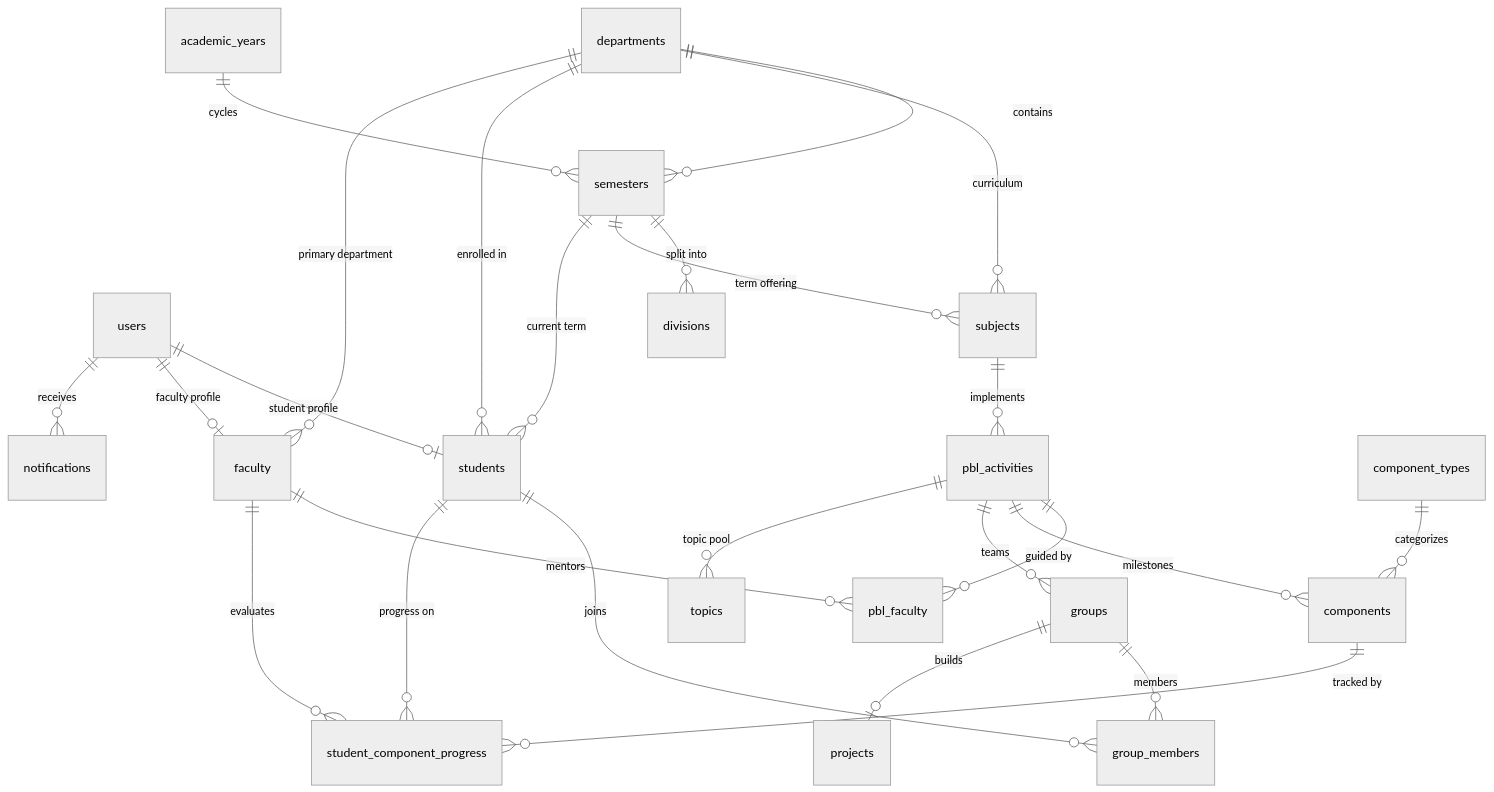
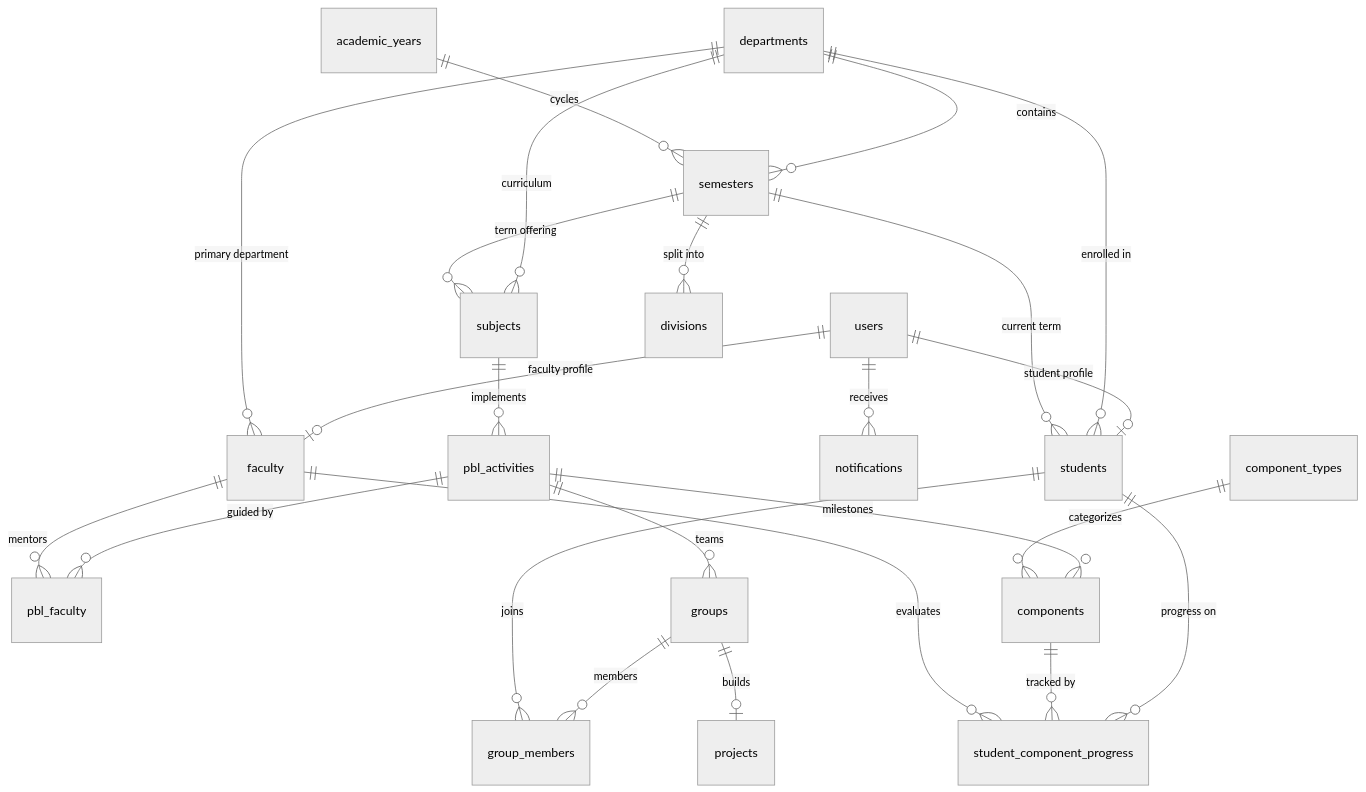
The first of 2 diagrams in DATABASE.md (DakshBhalala/pbl-central), drawn with Mermaid (neutral theme) before and after one commit. The commit also changed other lines of this file and 18 other files, not shown here.

````diff
--- a/DATABASE.md
+++ b/DATABASE.md
@@ -45,34 +44,32 @@
 ```mermaid
 erDiagram
     users ||--o| students : "student profile"
     users ||--o| faculty : "faculty profile"
     users ||--o{ notifications : "receives"
 
     departments ||--o{ semesters : "contains"
     departments ||--o{ subjects : "curriculum"
     departments ||--o{ students : "enrolled in"
     departments ||--o{ faculty : "primary department"
 
     academic_years ||--o{ semesters : "cycles"
     semesters ||--o{ divisions : "split into"
     semesters ||--o{ subjects : "term offering"
     semesters ||--o{ students : "current term"
 
     subjects ||--o{ pbl_activities : "implements"
     pbl_activities ||--o{ pbl_faculty : "guided by"
     faculty ||--o{ pbl_faculty : "mentors"
 
     pbl_activities ||--o{ components : "milestones"
     component_types ||--o{ components : "categorizes"
 
     pbl_activities ||--o{ groups : "teams"
     groups ||--o{ group_members : "members"
     students ||--o{ group_members : "joins"
     groups ||--o| projects : "builds"
 
-    pbl_activities ||--o{ topics : "topic pool"
-
     students ||--o{ student_component_progress : "progress on"
     components ||--o{ student_component_progress : "tracked by"
     faculty ||--o{ student_component_progress : "evaluates"
 ```
````
